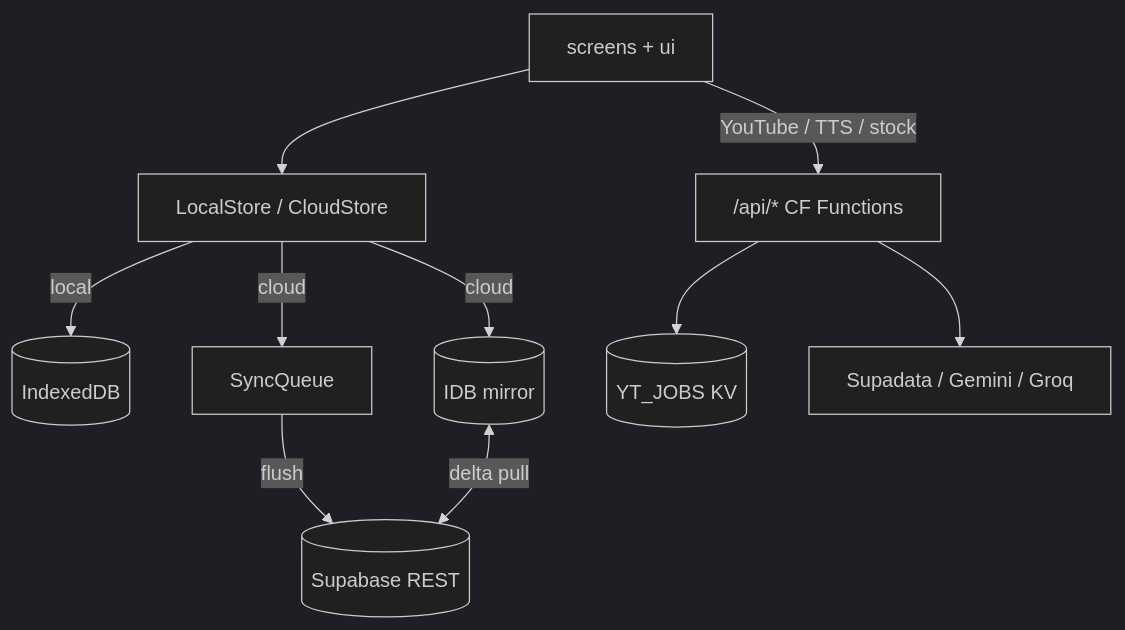
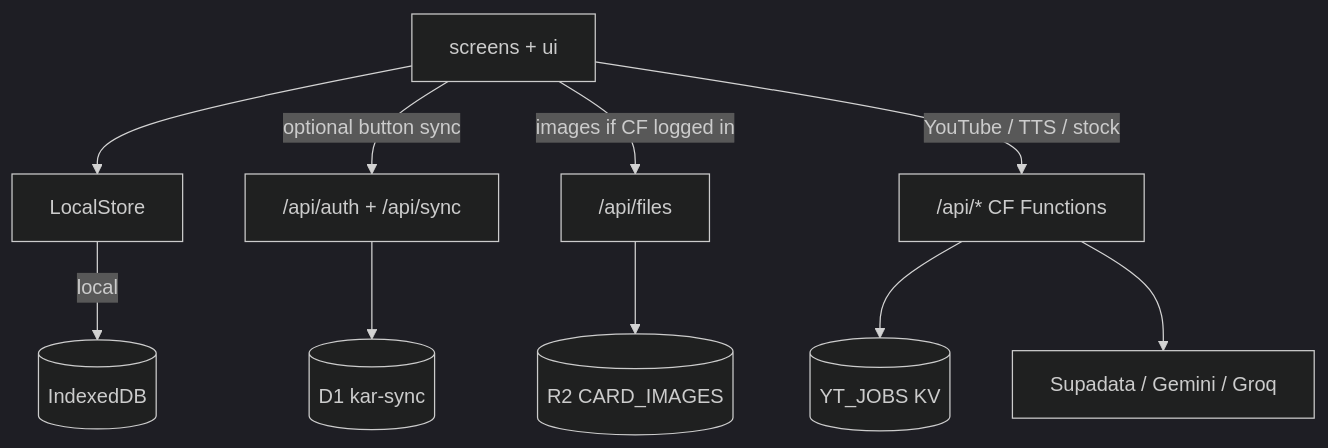
One commit to PaperPit/kar-dots changed the diagram in docs/ARCHITECTURE.md. Above: the diagram before and after it, drawn with Mermaid (dark theme). The commit also changed other lines of this file and 67 other files, not shown here.

First line of the commit message:
feat: Cloudflare-only stack — R2 images + remove Supabase (v17.1)

````diff
--- a/docs/ARCHITECTURE.md
+++ b/docs/ARCHITECTURE.md
@@ -13,12 +13,12 @@
 ```mermaid
 flowchart TB
-  UI[screens + ui] --> Store[LocalStore / CloudStore]
+  UI[screens + ui] --> Store[LocalStore]
   Store -->|local| IDB[(IndexedDB)]
-  Store -->|cloud| Mirror[(IDB mirror)]
-  Store -->|cloud| Queue[SyncQueue]
-  Queue -->|flush| SB[(Supabase REST)]
-  Mirror <-->|delta pull| SB
+  UI -->|optional button sync| CfSync["/api/auth + /api/sync"]
+  CfSync --> D1[(D1 kar-sync)]
+  UI -->|images if CF logged in| Files["/api/files"]
+  Files --> R2[(R2 CARD_IMAGES)]
   UI -->|YouTube / TTS / stock| API["/api/* CF Functions"]
   API --> KV[(YT_JOBS KV)]
   API --> Upstream[Supadata / Gemini / Groq]
 ```
````
